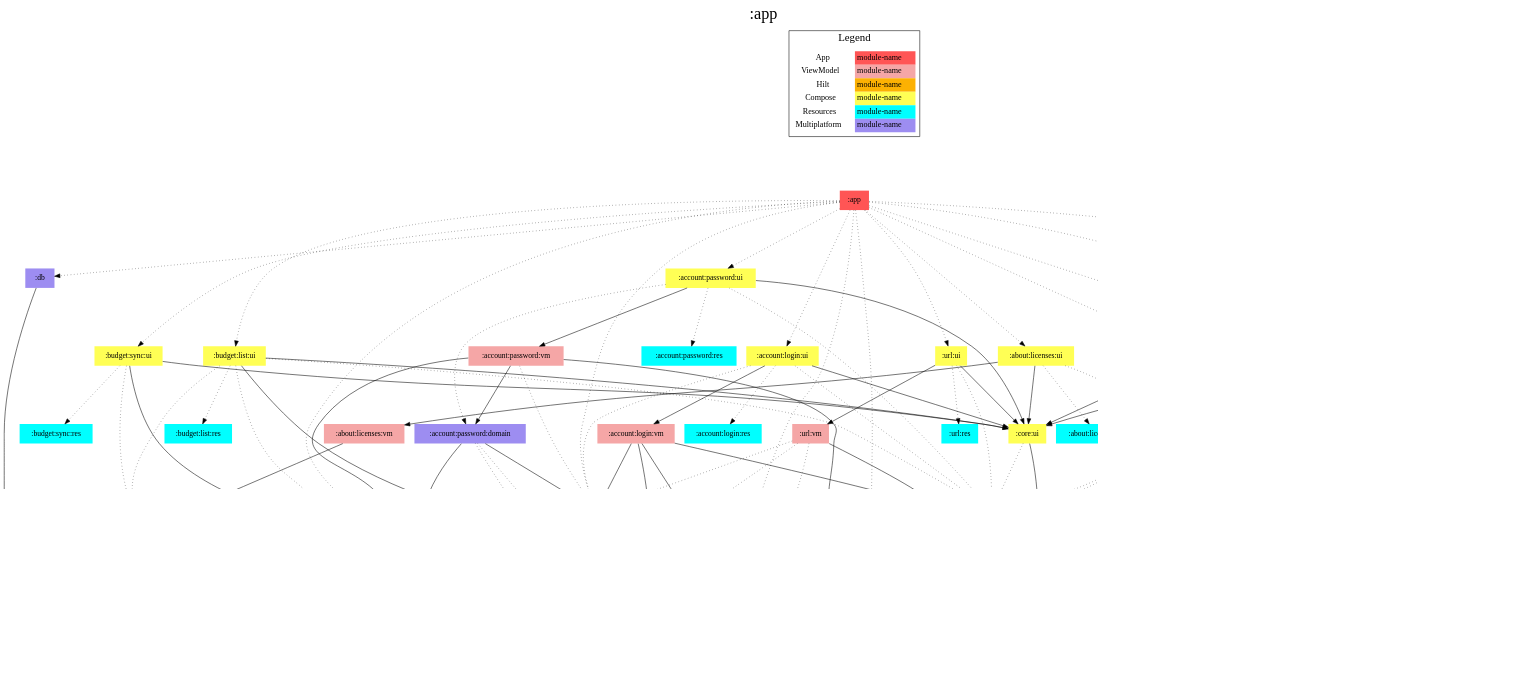
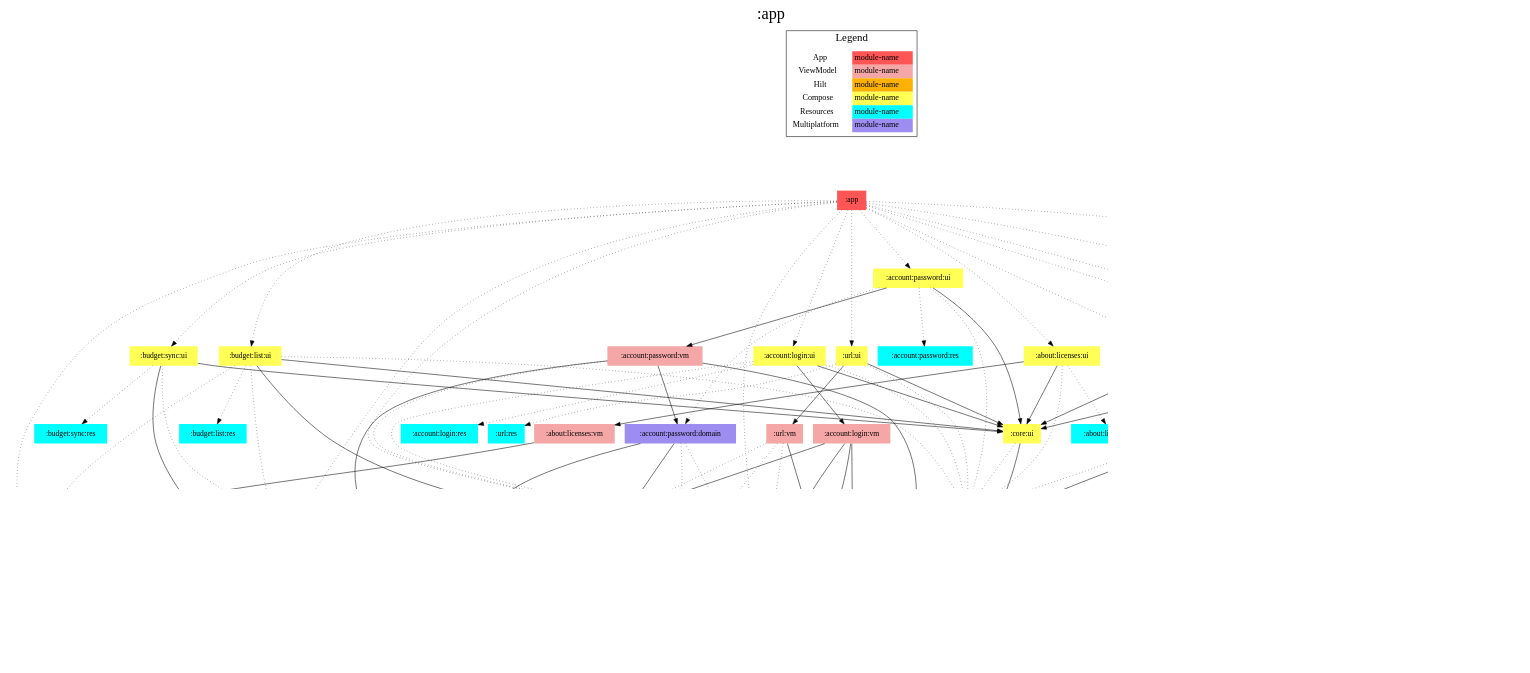
Before and after one commit to jonapoul/aktual: the diagram in app/modules.dot, drawn with Graphviz. The commit also changed 23 other files, not shown here.

```diff
--- a/app/modules.dot
+++ b/app/modules.dot
@@ -1,176 +1,177 @@
 digraph {
 edge ["dir"="forward"]
 graph ["dpi"="100","label"=":app","labelloc"="t","fontsize"="30","ranksep"="1.5","rankdir"="TB"]
 node ["style"="filled"]
 ":about:info:data" ["fillcolor"="#9D8DF1","shape"="none"]
 ":about:info:res" ["fillcolor"="#00FFFF","shape"="none"]
 ":about:info:ui" ["fillcolor"="#FFFF55","shape"="none"]
 ":about:info:vm" ["fillcolor"="#F5A6A6","shape"="none"]
 ":about:licenses:data" ["fillcolor"="#9D8DF1","shape"="none"]
 ":about:licenses:res" ["fillcolor"="#00FFFF","shape"="none"]
 ":about:licenses:ui" ["fillcolor"="#FFFF55","shape"="none"]
 ":about:licenses:vm" ["fillcolor"="#F5A6A6","shape"="none"]
 ":account:login:domain" ["fillcolor"="#9D8DF1","shape"="none"]
 ":account:login:res" ["fillcolor"="#00FFFF","shape"="none"]
 ":account:login:ui" ["fillcolor"="#FFFF55","shape"="none"]
 ":account:login:vm" ["fillcolor"="#F5A6A6","shape"="none"]
 ":account:model" ["fillcolor"="#9D8DF1","shape"="none"]
 ":account:password:domain" ["fillcolor"="#9D8DF1","shape"="none"]
 ":account:password:res" ["fillcolor"="#00FFFF","shape"="none"]
 ":account:password:ui" ["fillcolor"="#FFFF55","shape"="none"]
 ":account:password:vm" ["fillcolor"="#F5A6A6","shape"="none"]
 ":api:actual" ["fillcolor"="#9D8DF1","shape"="none"]
 ":api:builder" ["fillcolor"="#9D8DF1","shape"="none"]
 ":api:di" ["fillcolor"="#FCB103","shape"="none"]
 ":api:github" ["fillcolor"="#9D8DF1","shape"="none"]
 ":app" ["fillcolor"="#FF5555","shape"="none"]
 ":budget:list:res" ["fillcolor"="#00FFFF","shape"="none"]
 ":budget:list:ui" ["fillcolor"="#FFFF55","shape"="none"]
 ":budget:list:vm" ["fillcolor"="#F5A6A6","shape"="none"]
 ":budget:model" ["fillcolor"="#9D8DF1","shape"="none"]
 ":budget:sync:res" ["fillcolor"="#00FFFF","shape"="none"]
 ":budget:sync:ui" ["fillcolor"="#FFFF55","shape"="none"]
 ":budget:sync:vm" ["fillcolor"="#F5A6A6","shape"="none"]
 ":codegen:annotation" ["fillcolor"="#9D8DF1","shape"="none"]
 ":core:connection" ["fillcolor"="#9D8DF1","shape"="none"]
 ":core:di" ["fillcolor"="#FCB103","shape"="none"]
 ":core:files" ["fillcolor"="#9D8DF1","shape"="none"]
 ":core:model" ["fillcolor"="#9D8DF1","shape"="none"]
 ":core:res" ["fillcolor"="#00FFFF","shape"="none"]
 ":core:ui" ["fillcolor"="#FFFF55","shape"="none"]
 ":db" ["fillcolor"="#9D8DF1","shape"="none"]
 ":logging" ["fillcolor"="#9D8DF1","shape"="none"]
 ":prefs" ["fillcolor"="#9D8DF1","shape"="none"]
 ":settings:res" ["fillcolor"="#00FFFF","shape"="none"]
 ":settings:ui" ["fillcolor"="#FFFF55","shape"="none"]
 ":settings:vm" ["fillcolor"="#F5A6A6","shape"="none"]
 ":url:res" ["fillcolor"="#00FFFF","shape"="none"]
 ":url:ui" ["fillcolor"="#FFFF55","shape"="none"]
 ":url:vm" ["fillcolor"="#F5A6A6","shape"="none"]
 {
 edge ["dir"="none"]
 graph ["rank"="same"]
 ":app"
 }
 ":about:info:data" -> ":api:github"
 ":about:info:ui" -> ":about:info:res" ["style"="dotted"]
 ":about:info:ui" -> ":about:info:vm"
 ":about:info:ui" -> ":core:res" ["style"="dotted"]
 ":about:info:ui" -> ":core:ui"
 ":about:info:vm" -> ":about:info:data"
 ":about:licenses:data" -> ":core:files" ["style"="dotted"]
 ":about:licenses:ui" -> ":about:licenses:res" ["style"="dotted"]
 ":about:licenses:ui" -> ":about:licenses:vm"
 ":about:licenses:ui" -> ":core:res" ["style"="dotted"]
 ":about:licenses:ui" -> ":core:ui"
 ":about:licenses:vm" -> ":about:licenses:data"
 ":account:login:domain" -> ":account:model"
 ":account:login:domain" -> ":api:actual" ["style"="dotted"]
 ":account:login:domain" -> ":prefs" ["style"="dotted"]
 ":account:login:ui" -> ":account:login:domain" ["style"="dotted"]
 ":account:login:ui" -> ":account:login:res" ["style"="dotted"]
 ":account:login:ui" -> ":account:login:vm"
 ":account:login:ui" -> ":core:res" ["style"="dotted"]
 ":account:login:ui" -> ":core:ui"
 ":account:login:vm" -> ":account:login:domain"
 ":account:login:vm" -> ":account:model"
 ":account:login:vm" -> ":core:model"
 ":account:login:vm" -> ":prefs"
 ":account:password:domain" -> ":account:login:domain"
 ":account:password:domain" -> ":account:model"
 ":account:password:domain" -> ":api:actual" ["style"="dotted"]
 ":account:password:domain" -> ":prefs" ["style"="dotted"]
 ":account:password:ui" -> ":account:password:domain" ["style"="dotted"]
 ":account:password:ui" -> ":account:password:res" ["style"="dotted"]
 ":account:password:ui" -> ":account:password:vm"
 ":account:password:ui" -> ":core:res" ["style"="dotted"]
 ":account:password:ui" -> ":core:ui"
 ":account:password:vm" -> ":account:login:domain" ["style"="dotted"]
 ":account:password:vm" -> ":account:model"
 ":account:password:vm" -> ":account:password:domain"
 ":account:password:vm" -> ":core:model"
 ":api:actual" -> ":account:model"
 ":api:actual" -> ":budget:model"
 ":api:actual" -> ":codegen:annotation" ["style"="dotted"]
 ":api:actual" -> ":core:model"
 ":api:builder" -> ":core:model"
 ":api:di" -> ":api:builder" ["style"="dotted"]
 ":api:di" -> ":api:github"
 ":api:github" -> ":codegen:annotation" ["style"="dotted"]
 ":api:github" -> ":core:model"
 ":app" -> ":about:info:ui" ["style"="dotted"]
 ":app" -> ":about:licenses:ui" ["style"="dotted"]
 ":app" -> ":account:login:domain" ["style"="dotted"]
 ":app" -> ":account:login:ui" ["style"="dotted"]
 ":app" -> ":account:password:ui" ["style"="dotted"]
 ":app" -> ":api:di" ["style"="dotted"]
 ":app" -> ":budget:list:ui" ["style"="dotted"]
 ":app" -> ":budget:sync:ui" ["style"="dotted"]
 ":app" -> ":core:connection" ["style"="dotted"]
 ":app" -> ":core:di" ["style"="dotted"]
 ":app" -> ":db" ["style"="dotted"]
 ":app" -> ":logging" ["style"="dotted"]
 ":app" -> ":prefs" ["style"="dotted"]
 ":app" -> ":settings:ui" ["style"="dotted"]
 ":app" -> ":url:ui" ["style"="dotted"]
 ":budget:list:ui" -> ":account:model" ["style"="dotted"]
 ":budget:list:ui" -> ":budget:list:res" ["style"="dotted"]
 ":budget:list:ui" -> ":budget:list:vm"
 ":budget:list:ui" -> ":budget:model" ["style"="dotted"]
 ":budget:list:ui" -> ":core:res" ["style"="dotted"]
 ":budget:list:ui" -> ":core:ui"
 ":budget:list:vm" -> ":account:model" ["style"="dotted"]
 ":budget:list:vm" -> ":api:actual" ["style"="dotted"]
 ":budget:list:vm" -> ":budget:model"
 ":budget:list:vm" -> ":core:model"
 ":budget:list:vm" -> ":prefs" ["style"="dotted"]
 ":budget:sync:ui" -> ":account:model" ["style"="dotted"]
 ":budget:sync:ui" -> ":budget:sync:res" ["style"="dotted"]
 ":budget:sync:ui" -> ":budget:sync:vm"
 ":budget:sync:ui" -> ":core:ui"
 ":budget:sync:vm" -> ":account:model" ["style"="dotted"]
 ":budget:sync:vm" -> ":api:actual" ["style"="dotted"]
 ":budget:sync:vm" -> ":budget:model" ["style"="dotted"]
 ":budget:sync:vm" -> ":core:files"
 ":budget:sync:vm" -> ":core:model"
 ":core:connection" -> ":api:actual" ["style"="dotted"]
 ":core:connection" -> ":api:builder" ["style"="dotted"]
 ":core:connection" -> ":core:model" ["style"="dotted"]
 ":core:connection" -> ":prefs" ["style"="dotted"]
 ":core:di" -> ":core:files"
 ":core:di" -> ":core:model"
 ":core:files" -> ":budget:model"
 ":core:ui" -> ":core:model"
 ":core:ui" -> ":core:res" ["style"="dotted"]
 ":db" -> ":budget:model"
+":db" -> ":core:files"
 ":prefs" -> ":account:model"
 ":prefs" -> ":core:model"
 ":settings:ui" -> ":core:model"
 ":settings:ui" -> ":core:res" ["style"="dotted"]
 ":settings:ui" -> ":core:ui"
 ":settings:ui" -> ":settings:res" ["style"="dotted"]
 ":settings:ui" -> ":settings:vm"
 ":settings:vm" -> ":prefs"
 ":url:ui" -> ":core:res" ["style"="dotted"]
 ":url:ui" -> ":core:ui"
 ":url:ui" -> ":url:res" ["style"="dotted"]
 ":url:ui" -> ":url:vm"
 ":url:vm" -> ":account:login:domain" ["style"="dotted"]
 ":url:vm" -> ":api:actual" ["style"="dotted"]
 ":url:vm" -> ":core:model"
 ":url:vm" -> ":prefs" ["style"="dotted"]
 subgraph "cluster_legend" {
 edge ["dir"="none"]
 graph ["label"="Legend","fontsize"="20"]
 "Legend" ["style"="filled","fillcolor"="#FFFFFF","shape"="none","margin"="0","fontsize"="15","label"=<
 <TABLE BORDER="0" CELLBORDER="0" CELLSPACING="0" CELLPADDING="4">
 <TR><TD>App</TD><TD BGCOLOR="#FF5555">module-name</TD></TR>
 <TR><TD>ViewModel</TD><TD BGCOLOR="#F5A6A6">module-name</TD></TR>
 <TR><TD>Hilt</TD><TD BGCOLOR="#FCB103">module-name</TD></TR>
 <TR><TD>Compose</TD><TD BGCOLOR="#FFFF55">module-name</TD></TR>
 <TR><TD>Resources</TD><TD BGCOLOR="#00FFFF">module-name</TD></TR>
 <TR><TD>Multiplatform</TD><TD BGCOLOR="#9D8DF1">module-name</TD></TR>
 </TABLE>
 >]
 } -> ":app" ["style"="invis"]
 }
```
